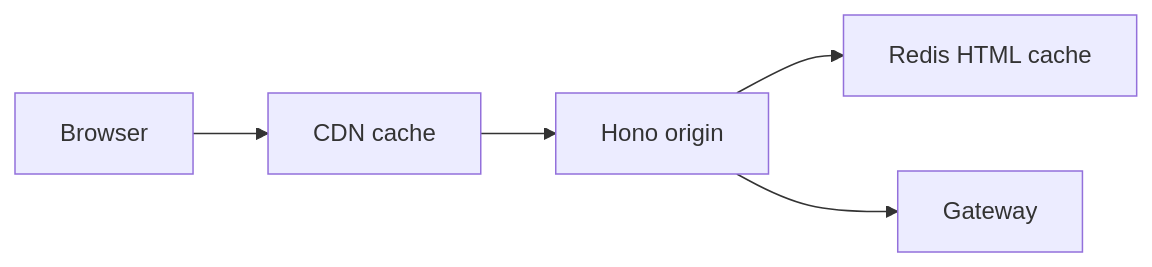
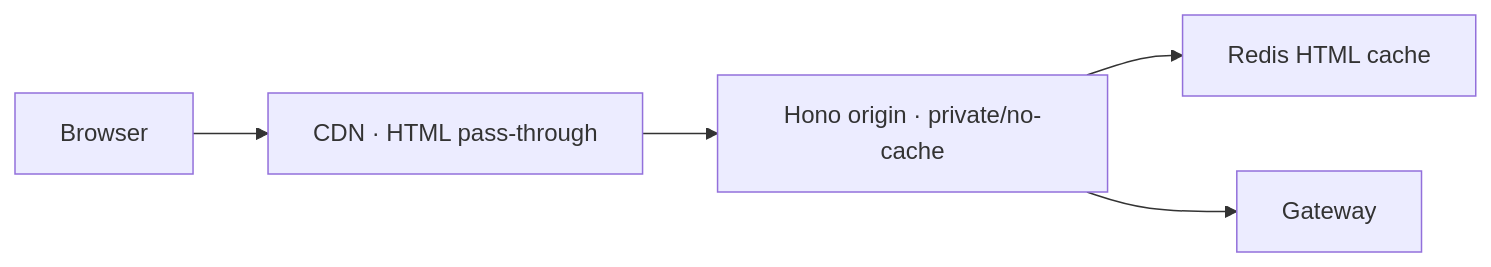
Before and after one commit to cembakca/OriginLoom: the third of 3 diagrams in docs/articles/03-cache-bir-optimizasyon-degil-route-kontratidir.md, drawn with Mermaid. The commit also changed other lines of this file and 14 other files, not shown here.

````diff
--- a/docs/articles/03-cache-bir-optimizasyon-degil-route-kontratidir.md
+++ b/docs/articles/03-cache-bir-optimizasyon-degil-route-kontratidir.md
@@ -729,7 +730,7 @@
 ```mermaid
 flowchart LR
-    U["Browser"] --> C["CDN cache"]
-    C --> H["Hono origin"]
+    U["Browser"] --> C["CDN · HTML pass-through"]
+    C --> H["Hono origin · private/no-cache"]
     H --> R["Redis HTML cache"]
     H --> G["Gateway"]
 ```
````
